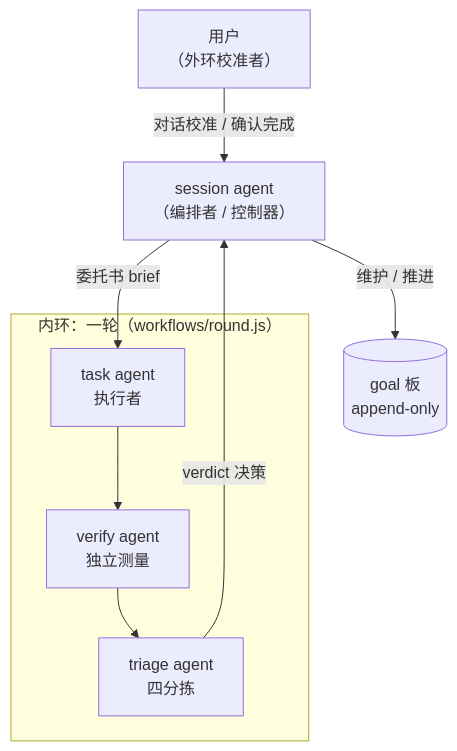
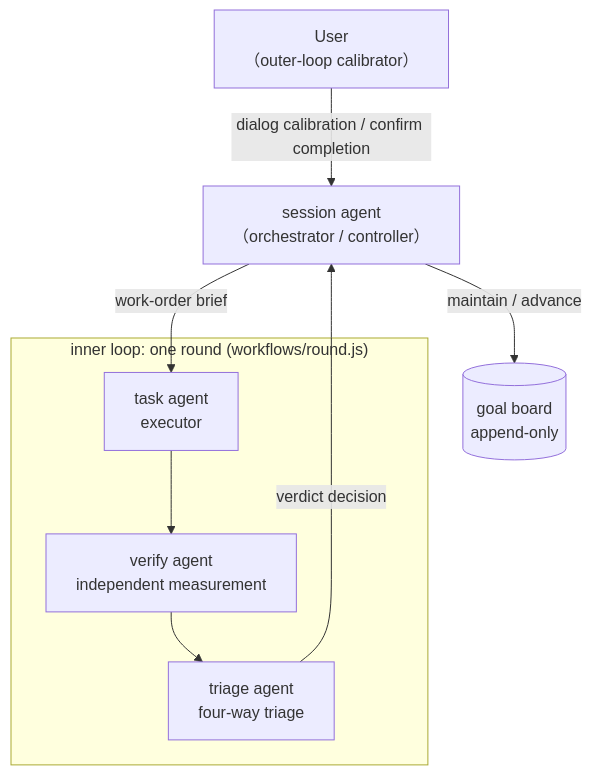
Before and after one commit to MarchLiu/dsh-cybernetics: the diagram in README.md, drawn with Mermaid. The commit also changed other lines of this file and 8 other files, not shown here.

````diff
--- a/README.md
+++ b/README.md
@@ -14,11 +16,11 @@
 ```mermaid
 flowchart TB
-    user["用户<br/>（外环校准者）"] -- "对话校准 / 确认完成" --> sa
-    sa["session agent<br/>（编排者 / 控制器）"]
-    subgraph loop["内环：一轮（workflows/round.js）"]
-        ta["task agent<br/>执行者"] --> va["verify agent<br/>独立测量"] --> ga["triage agent<br/>四分拣"]
+    user["User<br/>（outer-loop calibrator）"] -- "dialog calibration / confirm completion" --> sa
+    sa["session agent<br/>（orchestrator / controller）"]
+    subgraph loop["inner loop: one round (workflows/round.js)"]
+        ta["task agent<br/>executor"] --> va["verify agent<br/>independent measurement"] --> ga["triage agent<br/>four-way triage"]
     end
-    sa -- "委托书 brief" --> ta
-    ga -- "verdict 决策" --> sa
-    sa -- "维护 / 推进" --> goal[("goal 板<br/>append-only")]
+    sa -- "work-order brief" --> ta
+    ga -- "verdict decision" --> sa
+    sa -- "maintain / advance" --> goal[("goal board<br/>append-only")]
 ```
````
